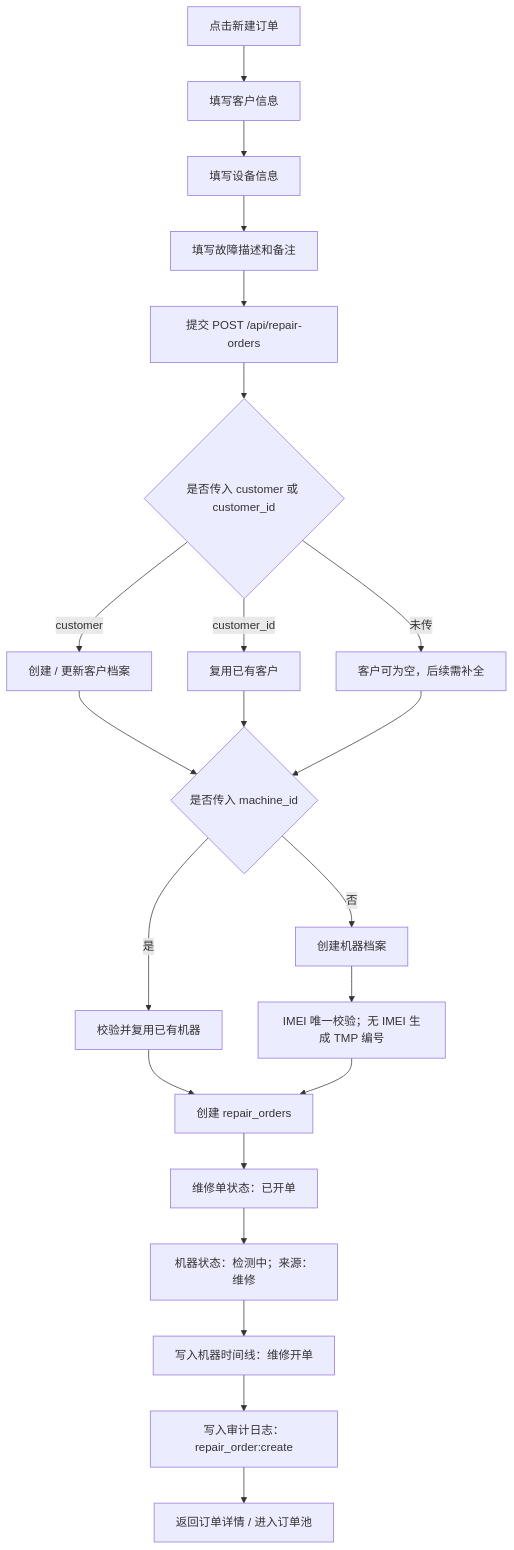
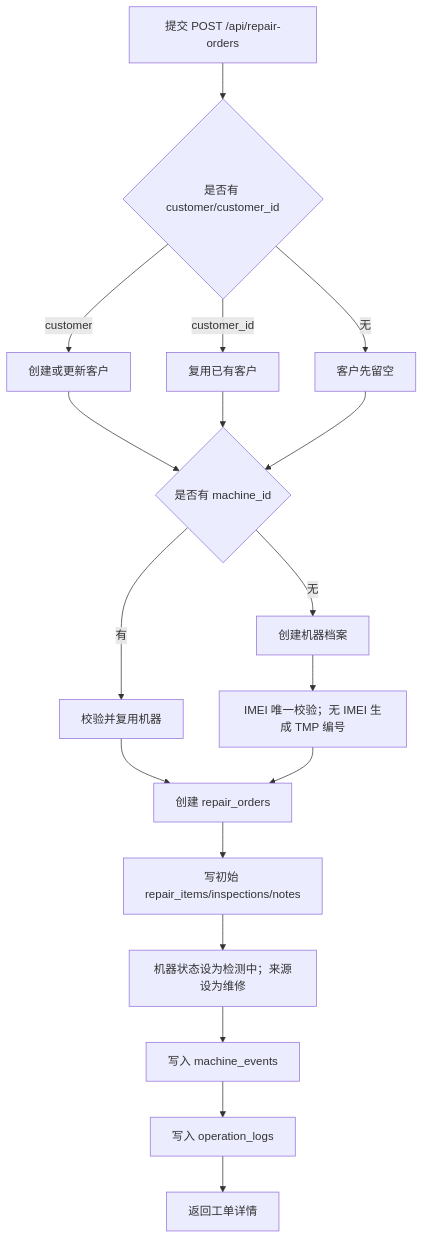
One commit to lumingtao/muchengMIS changed the diagram in ORDER_CREATION_ACTION_DESIGN.md. Above: the diagram before and after it, drawn with Mermaid. The commit also changed other lines of this file and 67 other files, not shown here.

````diff
--- a/ORDER_CREATION_ACTION_DESIGN.md
+++ b/ORDER_CREATION_ACTION_DESIGN.md
@@ -126,24 +85,20 @@
 ```mermaid
 flowchart TD
-    A["点击新建订单"] --> B["填写客户信息"]
-    B --> C["填写设备信息"]
-    C --> D["填写故障描述和备注"]
-    D --> E["提交 POST /api/repair-orders"]
-    E --> F{"是否传入 customer 或 customer_id"}
-    F -->|"customer"| G["创建 / 更新客户档案"]
-    F -->|"customer_id"| H["复用已有客户"]
-    F -->|"未传"| I["客户可为空，后续需补全"]
-    G --> J{"是否传入 machine_id"}
-    H --> J
+    A["提交 POST /api/repair-orders"] --> B{"是否有 customer/customer_id"}
+    B -->|"customer"| C["创建或更新客户"]
+    B -->|"customer_id"| D["复用已有客户"]
+    B -->|"无"| E["客户先留空"]
+    C --> F{"是否有 machine_id"}
+    D --> F
+    E --> F
+    F -->|"有"| G["校验并复用机器"]
+    F -->|"无"| H["创建机器档案"]
+    H --> I["IMEI 唯一校验；无 IMEI 生成 TMP 编号"]
+    G --> J["创建 repair_orders"]
     I --> J
-    J -->|"是"| K["校验并复用已有机器"]
-    J -->|"否"| L["创建机器档案"]
-    L --> M["IMEI 唯一校验；无 IMEI 生成 TMP 编号"]
-    K --> N["创建 repair_orders"]
-    M --> N
-    N --> O["维修单状态：已开单"]
-    O --> P["机器状态：检测中；来源：维修"]
-    P --> Q["写入机器时间线：维修开单"]
-    Q --> R["写入审计日志：repair_order:create"]
-    R --> S["返回订单详情 / 进入订单池"]
+    J --> K["写初始 repair_items/inspections/notes"]
+    K --> L["机器状态设为检测中；来源设为维修"]
+    L --> M["写入 machine_events"]
+    M --> N["写入 operation_logs"]
+    N --> O["返回工单详情"]
 ```
````
